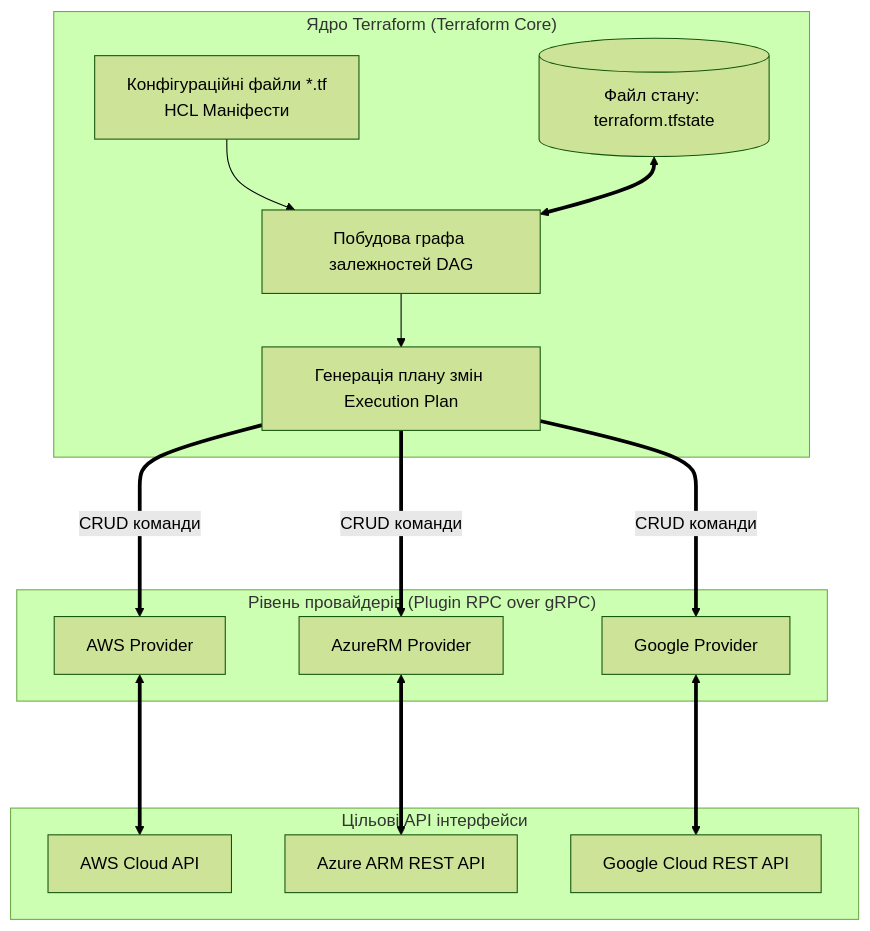
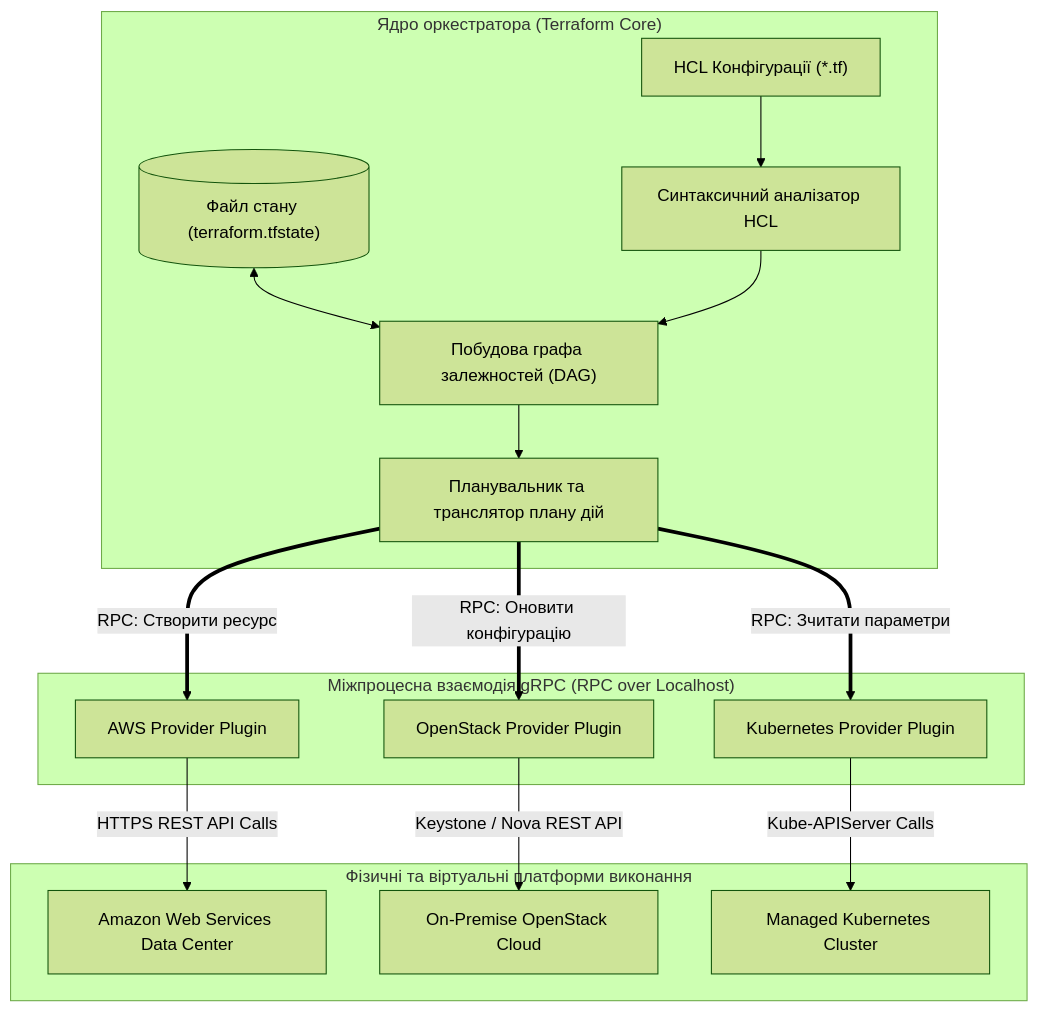
One commit to KyryloVadurin/cloud-technologies changed the second of 4 diagrams in docs/lk/lk6.md. Above: the diagram before and after it, drawn with Mermaid (forest theme). The commit also changed other lines of this file, not shown here.

````diff
--- a/docs/lk/lk6.md
+++ b/docs/lk/lk6.md
@@ -73,28 +106,21 @@
 ```mermaid
 flowchart TD
-    subgraph TF_Engine ["Ядро Terraform (Terraform Core)"]
-        HCL[Конфігураційні файли *.tf<br/>HCL Маніфести] --> GraphBuilder[Побудова графа залежностей DAG]
-        StateFile[(Файл стану: terraform.tfstate)] <==> GraphBuilder
-        GraphBuilder --> DiffEngine[Генерація плану змін Execution Plan]
+    subgraph CoreEngine ["Ядро оркестратора (Terraform Core)"]
+        HCLFiles["HCL Конфігурації (*.tf)"] --> ParserEngine["Синтаксичний аналізатор HCL"]
+        StateData[("Файл стану (terraform.tfstate)")] <--> GraphEngine["Побудова графа залежностей (DAG)"]
+        ParserEngine --> GraphEngine
+        GraphEngine --> SchedulerPlan["Планувальник та транслятор плану дій"]
     end
 
-    subgraph Providers ["Рівень провайдерів (Plugin RPC over gRPC)"]
-        P_AWS[AWS Provider]
-        P_Azure[AzureRM Provider]
-        P_GCP[Google Provider]
+    subgraph RPCBoundary ["Міжпроцесна взаємодія gRPC (RPC over Localhost)"]
+        SchedulerPlan ==>|RPC: Створити ресурс| ProviderAWS["AWS Provider Plugin"]
+        SchedulerPlan ==>|RPC: Оновити конфігурацію| ProviderOpenStack["OpenStack Provider Plugin"]
+        SchedulerPlan ==>|RPC: Зчитати параметри| ProviderK8s["Kubernetes Provider Plugin"]
     end
 
-    subgraph CloudAPI ["Цільові API інтерфейси"]
-        API_AWS[AWS Cloud API]
-        API_Azure[Azure ARM REST API]
-        API_GCP[Google Cloud REST API]
+    subgraph PhysicalTarget ["Фізичні та віртуальні платформи виконання"]
+        ProviderAWS -->|HTTPS REST API Calls| CloudAWS["Amazon Web Services Data Center"]
+        ProviderOpenStack -->|Keystone / Nova REST API| PrivateCloud["On-Premise OpenStack Cloud"]
+        ProviderK8s -->|Kube-APIServer Calls| K8sCluster["Managed Kubernetes Cluster"]
     end
-
-    DiffEngine ===>|CRUD команди| P_AWS
-    DiffEngine ===>|CRUD команди| P_Azure
-    DiffEngine ===>|CRUD команди| P_GCP
-
-    P_AWS <===> API_AWS
-    P_Azure <===> API_Azure
-    P_GCP <===> API_GCP
 ```
````
